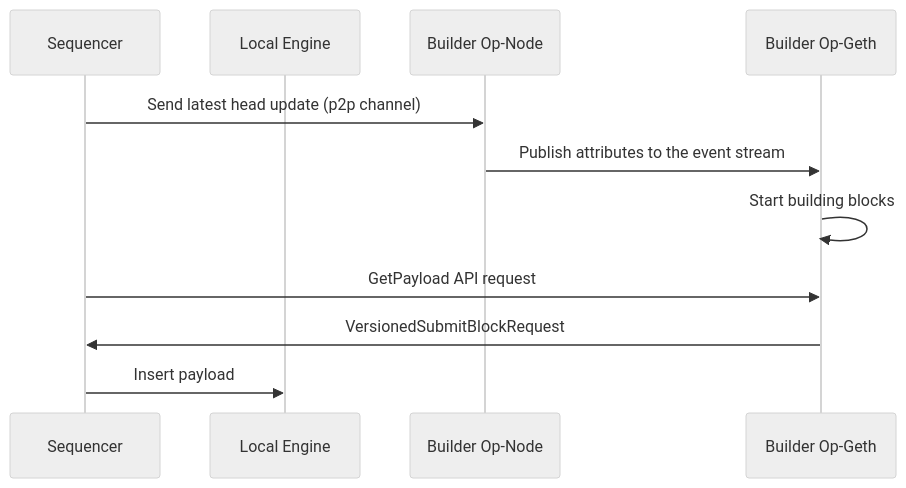
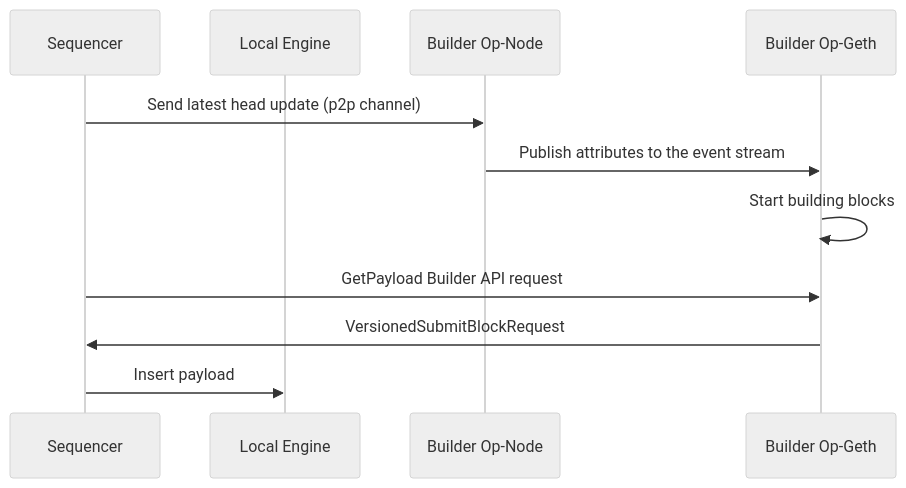
One commit to flashbots/op-geth changed the diagram in README.md. Above: the diagram before and after it, drawn with Mermaid (neutral theme). The commit also changed other lines of this file, not shown here.

Commit message:
nit changes

````diff
--- a/README.md
+++ b/README.md
@@ -35,14 +35,14 @@
 ```mermaid
 sequenceDiagram
     participant SEQ as Sequencer
     participant ENGINE as Local Engine
     participant BOP as Builder Op-Node
     participant BUILDER as Builder Op-Geth
 
     SEQ->>BOP: Send latest head update (p2p channel)
     BOP->>BUILDER: Publish attributes to the event stream
     BUILDER->>BUILDER: Start building blocks
-    SEQ->>BUILDER: GetPayload API request
+    SEQ->>BUILDER: GetPayload Builder API request
     BUILDER->>SEQ: VersionedSubmitBlockRequest
     SEQ->>ENGINE: Insert payload
 ```
````
